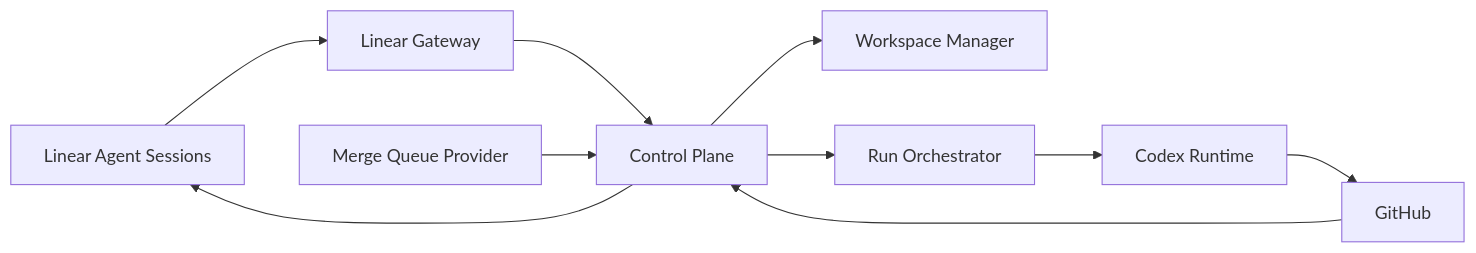
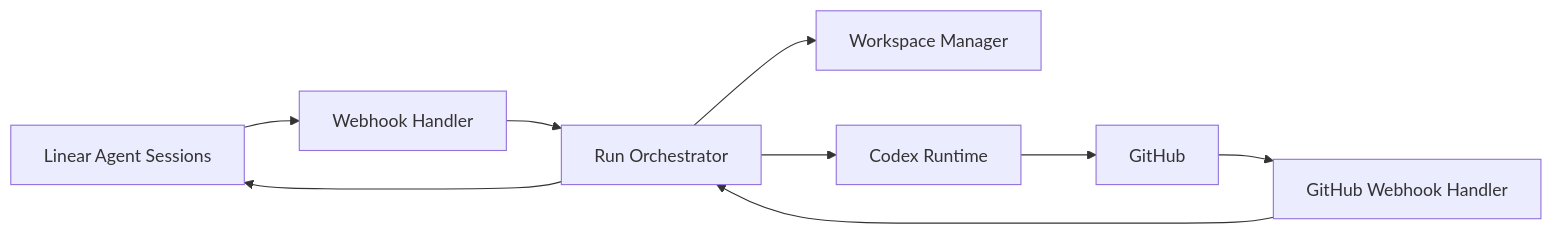
Before and after one commit to krasnoperov/patchrelay: the diagram in ARCHITECTURE.md, drawn with Mermaid. The commit also changed other lines of this file and 5 other files, not shown here.

First line of the commit message:
docs: align all documentation with factory control plane implementation

````diff
--- a/ARCHITECTURE.md
+++ b/ARCHITECTURE.md
@@ -15,12 +15,11 @@
 ```mermaid
 flowchart LR
-  L[Linear Agent Sessions] --> G[Linear Gateway]
-  G --> C[Control Plane]
-  C --> W[Workspace Manager]
-  C --> R[Run Orchestrator]
-  R --> X[Codex Runtime]
+  L[Linear Agent Sessions] --> WH[Webhook Handler]
+  WH --> RO[Run Orchestrator]
+  RO --> W[Workspace Manager]
+  RO --> X[Codex Runtime]
   X --> GH[GitHub]
-  GH --> C
-  MQ[Merge Queue Provider] --> C
-  C --> L
+  GH --> GWH[GitHub Webhook Handler]
+  GWH --> RO
+  RO --> L
 ```
````
